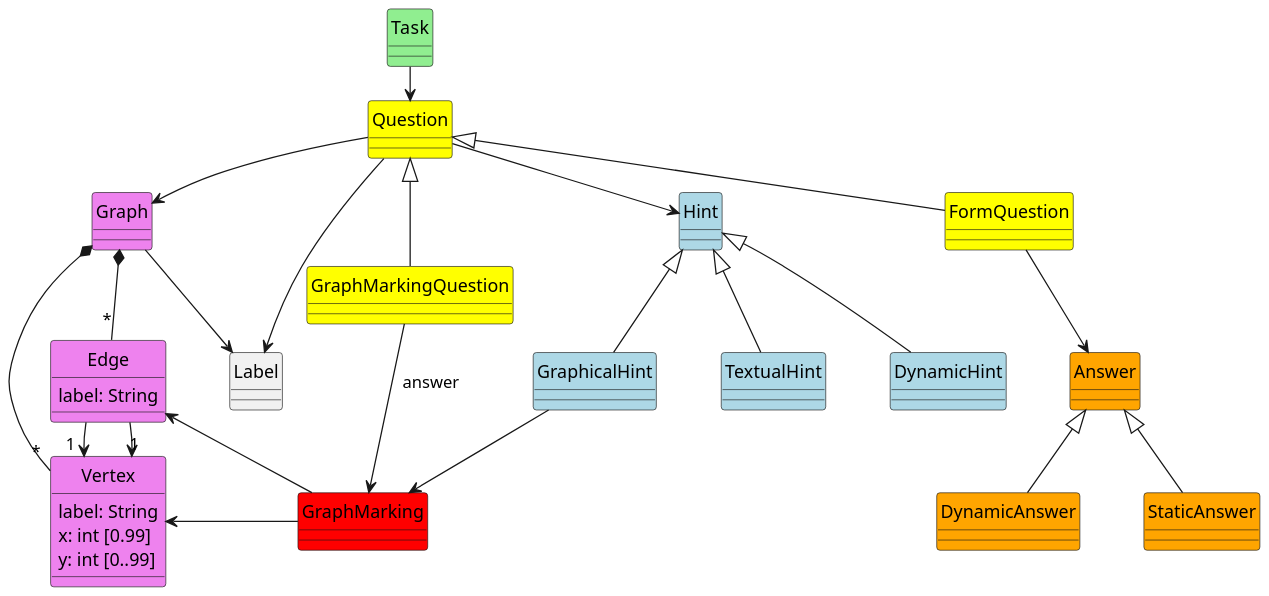
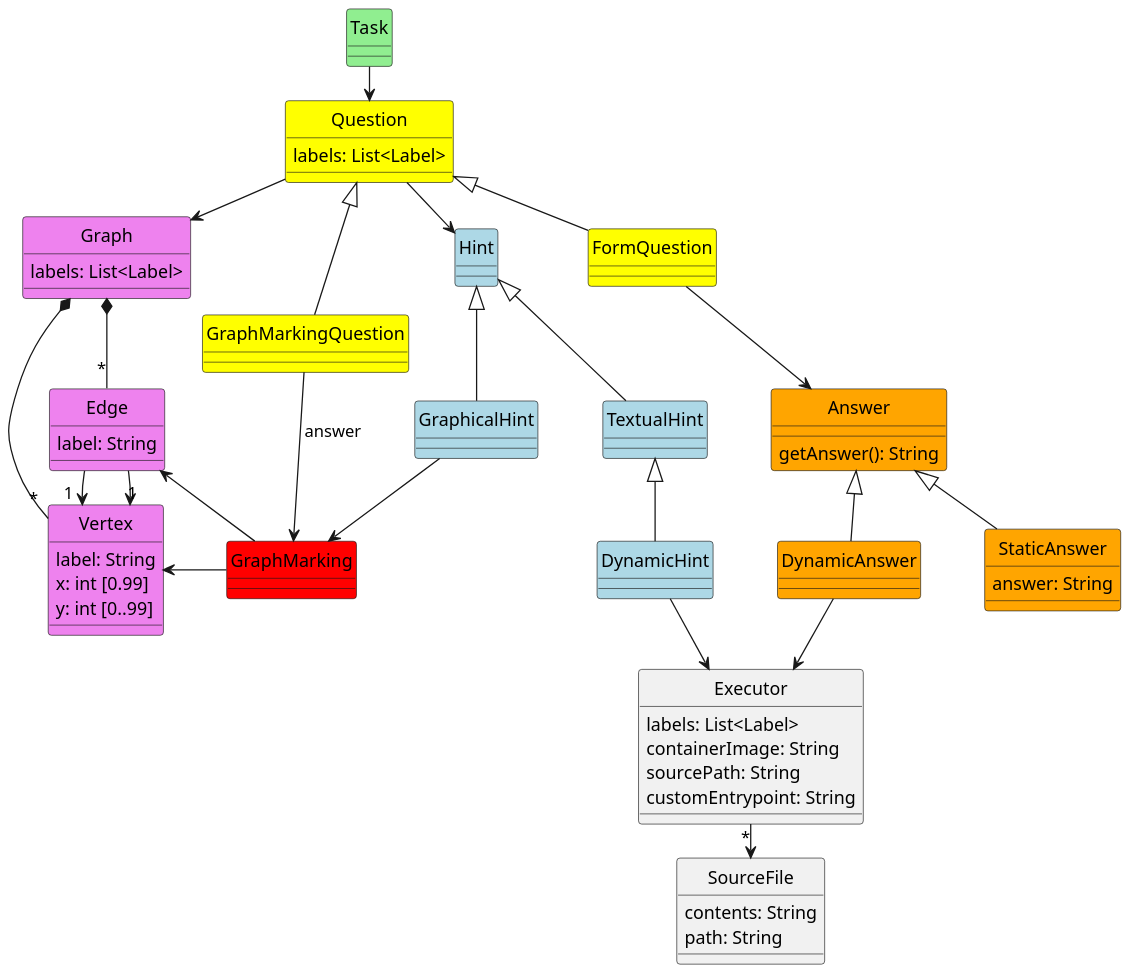
Before and after one commit to MathGrass/mathgrass-api: the diagram in src/main/rework.puml, drawn with PlantUML. The commit also changed other lines of this file and 14 other files, not shown here.

```diff
--- a/src/main/rework.puml
+++ b/src/main/rework.puml
@@ -1,69 +1,91 @@
 @startuml
 hide circle
 skinparam shadowing false
 skinparam monochrome false
 skinparam classAttributeIconSize 0
 skinparam nodesep 50
 skinparam ranksep 25
 scale 1.5
 
 class Task #lightgreen
 
 Task --> Question
 
-class Question #yellow
+class Question #yellow {
+    labels: List<Label>
+}
 class GraphMarkingQuestion #yellow
 class FormQuestion #yellow
 
 Question <|-- FormQuestion
 Question <|-- GraphMarkingQuestion
 
-class Answer #orange
-class StaticAnswer #orange
+class Answer #orange {
+    getAnswer(): String
+}
+class StaticAnswer #orange {
+    answer: String
+}
 class DynamicAnswer #orange
 
 Answer <|-- StaticAnswer
 Answer <|-- DynamicAnswer
 
 class Hint #lightblue
 Question --> Hint
 
 class TextualHint #lightblue
 class DynamicHint #lightblue
 class GraphicalHint #lightblue
 
 Hint <|-- TextualHint
-Hint <|-- DynamicHint
+TextualHint <|-- DynamicHint
 Hint <|-- GraphicalHint
 
 class GraphMarking #red
 
 FormQuestion --> Answer
 GraphMarkingQuestion --> GraphMarking : answer
 GraphicalHint --> GraphMarking
 
 GraphMarking -left-> Vertex
 GraphMarking -left-> Edge
 
-class Graph #violet
+class Graph #violet{
+    labels: List<Label>
+}
+
 class Edge #violet {
     label: String
 }
 class Vertex #violet {
     label: String
     x: int [0.99]
     y: int [0..99]
 }
 Graph *-- "*" Edge
 Graph *-- "*" Vertex
 Edge --> "1" Vertex
 Edge --> "1" Vertex
 
 Question --> Graph
 
-class Label
-Question --> Label
-Graph --> Label
+class Executor {
+    labels: List<Label>
+    containerImage: String
+    sourcePath: String
+    customEntrypoint: String
+}
+
+Executor --> "*" SourceFile
+
+class SourceFile {
+    contents: String
+    path: String
+}
+
+DynamicHint --> Executor
+DynamicAnswer --> Executor
 
 
 @enduml
```
